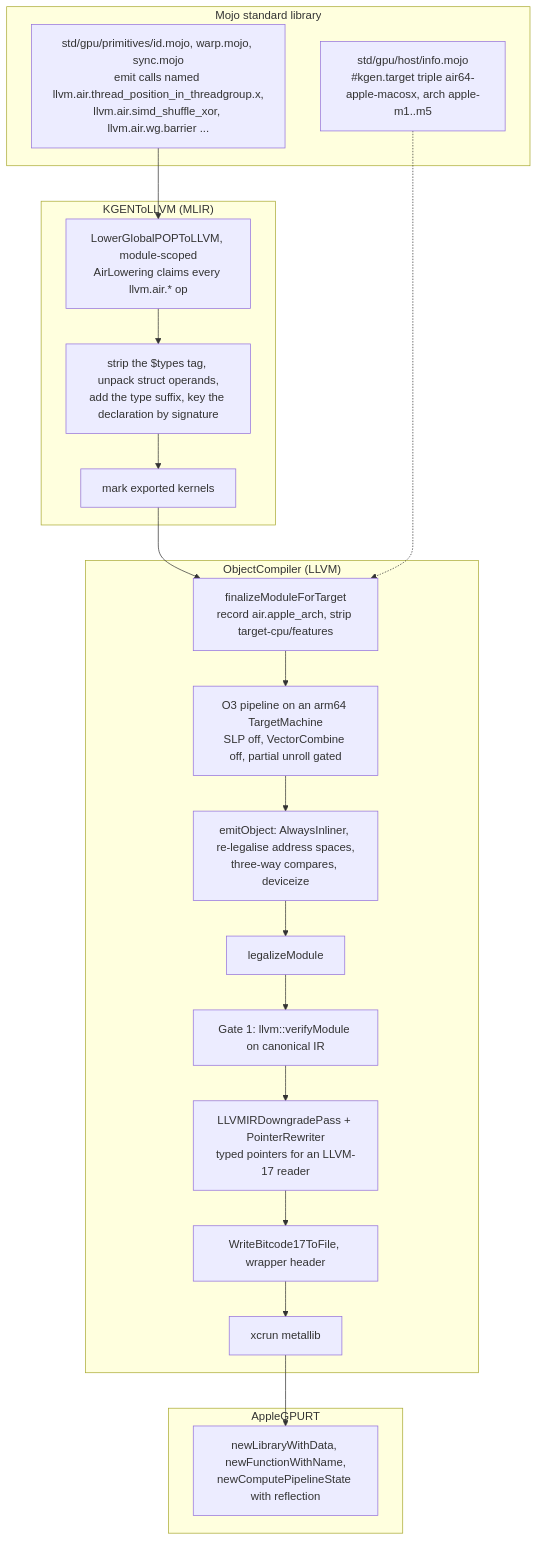
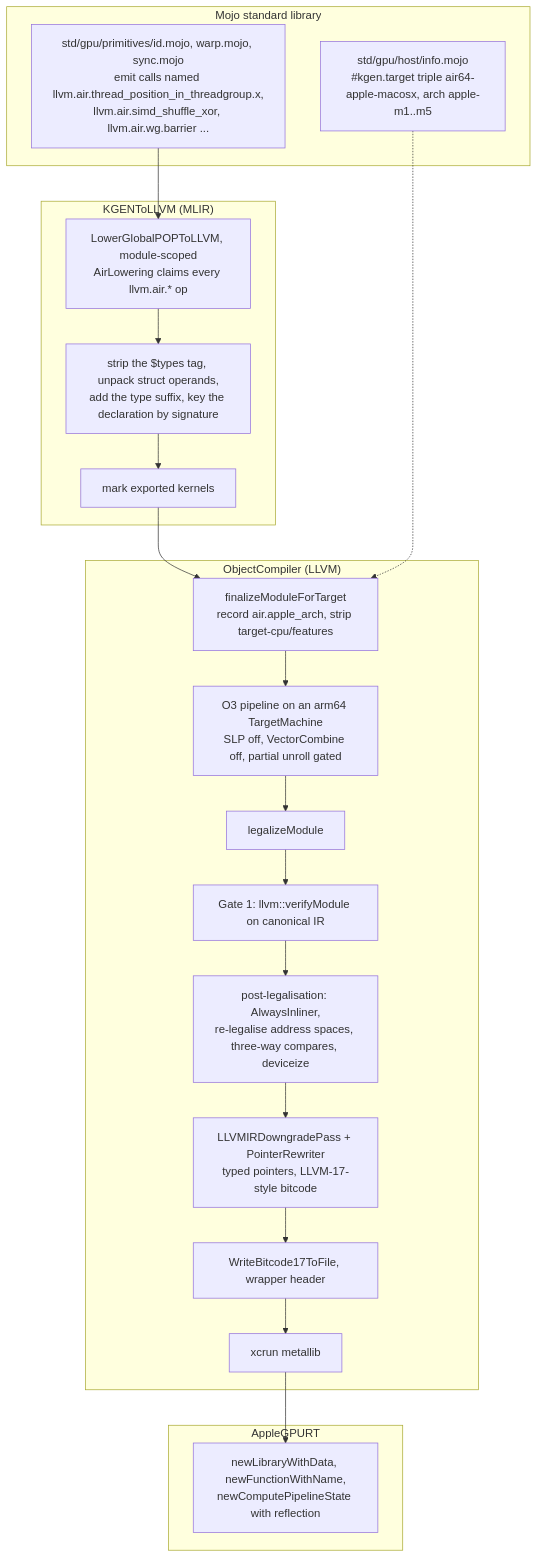
One commit to albanread/MojoCocoa changed the diagram in AirLoweringWalkthrough/02-the-pipeline.md. Above: the diagram before and after it, drawn with Mermaid. The commit also changed other lines of this file and 5 other files, not shown here.

````diff
--- a/AirLoweringWalkthrough/02-the-pipeline.md
+++ b/AirLoweringWalkthrough/02-the-pipeline.md
@@ -12,29 +12,29 @@
 ```mermaid
 flowchart TD
 %% @id air-pipeline
 %% @name Every stage from fn to metallib
     subgraph FE["Mojo standard library"]
         a1["std/gpu/primitives/id.mojo, warp.mojo, sync.mojo<br/>emit calls named llvm.air.thread_position_in_threadgroup.x,<br/>llvm.air.simd_shuffle_xor, llvm.air.wg.barrier ..."]
         a2["std/gpu/host/info.mojo<br/>#kgen.target triple air64-apple-macosx, arch apple-m1..m5"]
     end
     subgraph ML["KGENToLLVM (MLIR)"]
         b1["LowerGlobalPOPToLLVM, module-scoped<br/>AirLowering claims every llvm.air.* op"]
         b2["strip the $types tag, unpack struct operands,<br/>add the type suffix, key the declaration by signature"]
         b3["mark exported kernels"]
     end
     subgraph OC["ObjectCompiler (LLVM)"]
         c1["finalizeModuleForTarget<br/>record air.apple_arch, strip target-cpu/features"]
         c2["O3 pipeline on an arm64 TargetMachine<br/>SLP off, VectorCombine off, partial unroll gated"]
-        c3["emitObject: AlwaysInliner, re-legalise address spaces,<br/>three-way compares, deviceize"]
-        c4["legalizeModule"]
-        c5["Gate 1: llvm::verifyModule on canonical IR"]
-        c6["LLVMIRDowngradePass + PointerRewriter<br/>typed pointers for an LLVM-17 reader"]
+        c3["legalizeModule"]
+        c4["Gate 1: llvm::verifyModule on canonical IR"]
+        c5["post-legalisation: AlwaysInliner,<br/>re-legalise address spaces, three-way compares, deviceize"]
+        c6["LLVMIRDowngradePass + PointerRewriter<br/>typed pointers, LLVM-17-style bitcode"]
         c7["WriteBitcode17ToFile, wrapper header"]
         c8["xcrun metallib"]
     end
     subgraph RT["AppleGPURT"]
         d1["newLibraryWithData, newFunctionWithName,<br/>newComputePipelineState with reflection"]
     end
     a1 --> b1 --> b2 --> b3 --> c1 --> c2 --> c3 --> c4 --> c5 --> c6 --> c7 --> c8 --> d1
     a2 -.-> c1
 ```
````
